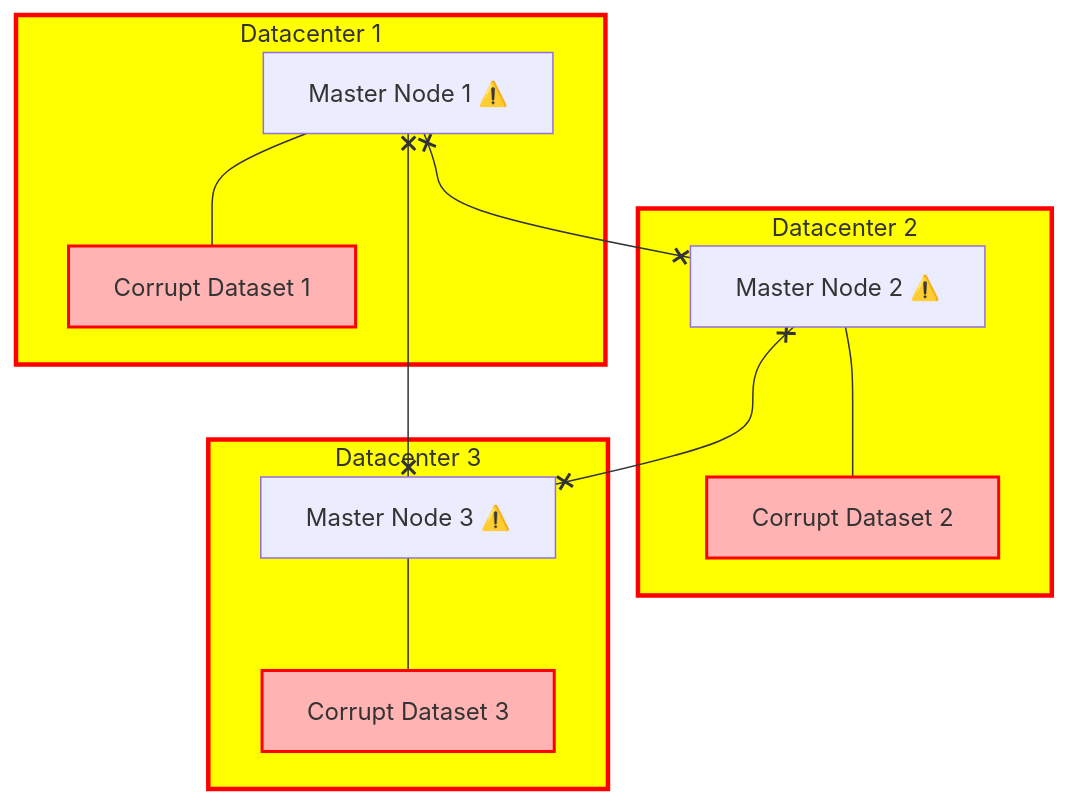
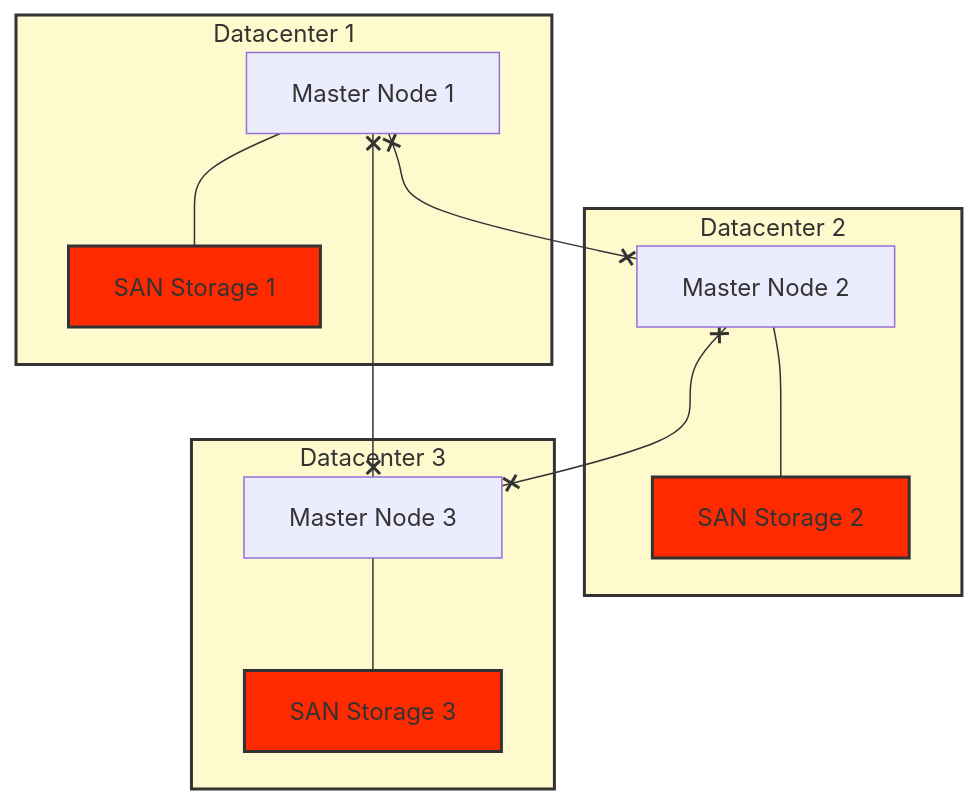
The fifth of 5 diagrams in README.md (zokahn/stretchy), drawn with Mermaid before and after one commit. The commit also changed other lines of this file, not shown here.

````diff
--- a/README.md
+++ b/README.md
@@ -212,37 +202,32 @@
 ```mermaid
 graph TD
     subgraph DC1["Datacenter 1"]
-        A[Master Node 1 ⚠️]
-        SAN1[Corrupt Dataset 1]
+        A[Master Node 1]
+        SAN1[SAN Storage 1]
     end
 
     subgraph DC2["Datacenter 2"]
-        B[Master Node 2 ⚠️]
-        SAN2[Corrupt Dataset 2]
+        B[Master Node 2]
+        SAN2[SAN Storage 2]
     end
 
     subgraph DC3["Datacenter 3"]
-        C[Master Node 3 ⚠️]
-        SAN3[Corrupt Dataset 3]
+        C[Master Node 3]
+        SAN3[SAN Storage 3]
     end
 
-    %% Broken control-plane links
     A x--x B
     B x--x C
     C x--x A
-
-    %% Storage connections
     A --- SAN1
     B --- SAN2
     C --- SAN3
 
-    %% Styling datacenters (yellow but with red border for outage)
-    style DC1 fill:#FFFF00,stroke:#f00,stroke-width:3px
-    style DC2 fill:#FFFF00,stroke:#f00,stroke-width:3px
-    style DC3 fill:#FFFF00,stroke:#f00,stroke-width:3px
-
-    %% Styling corrupted datasets
-    style SAN1 fill:#FFB3B3,stroke:#f00,stroke-width:2px
-    style SAN2 fill:#FFB3B3,stroke:#f00,stroke-width:2px
-    style SAN3 fill:#FFB3B3,stroke:#f00,stroke-width:2px
+    %% Styling subgraphs by ID
+    style DC1 fill:#FFFACD,stroke:#333,stroke-width:2px
+    style DC2 fill:#FFFACD,stroke:#333,stroke-width:2px
+    style DC3 fill:#FFFACD,stroke:#333,stroke-width:2px
+    style SAN1 fill:#FF2A00,stroke:#333,stroke-width:2px
+    style SAN2 fill:#FF2A00,stroke:#333,stroke-width:2px
+    style SAN3 fill:#FF2A00,stroke:#333,stroke-width:2px
 ```
````
